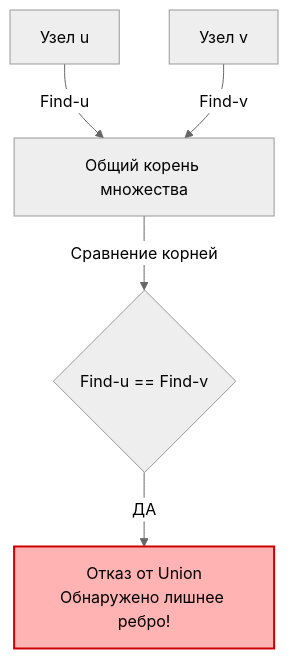
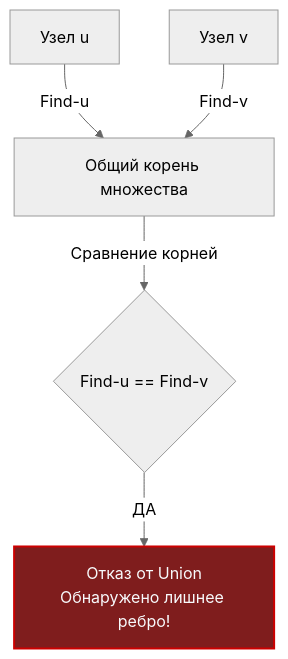
Before and after one commit to UnrealTemplier/go-textbook: the diagram in sources/21. Задачи с LeetCode и собеседований на Go/02. Задачи/15. Union Find/4. Redundant Connection.md, drawn with Mermaid (neutral theme). The commit also changed 310 other files, not shown here.

First line of the commit message:
fix(mermaid): replace light fill colors with dark palette for readability on dark theme

````diff
--- a/sources/21. Задачи с LeetCode и собеседований на Go/02. Задачи/15. Union Find/4. Redundant Connection.md
+++ b/sources/21. Задачи с LeetCode и собеседований на Go/02. Задачи/15. Union Find/4. Redundant Connection.md
@@ -22,10 +22,10 @@
 ```mermaid
 graph TD
     A["Узел u"] -->|"Find-u"| C["Общий корень множества"]
     B["Узел v"] -->|"Find-v"| C
     
     C -->|"Сравнение корней"| D{"Find-u == Find-v"}
     D -->|"ДА"| E["Отказ от Union<br>Обнаружено лишнее ребро!"]
     
-    style E fill:#ffb3b3,stroke:#cc0000,stroke-width:2px
+    style E fill:#7f1d1d,stroke:#cc0000,stroke-width:2px,color:#f8fafc
 ```
````
